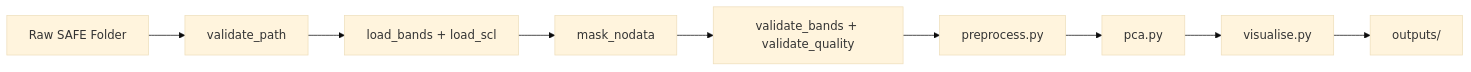
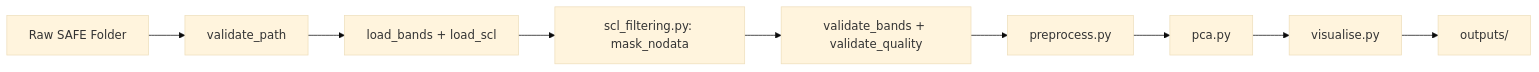
One commit to LukeWardle/sentinel2-brownfield-stoke changed the diagram in DESIGN.md. Above: the diagram before and after it, drawn with Mermaid (base theme). The commit also changed other lines of this file and 9 other files, not shown here.

Commit message:
feat: move mask_nodata into scl_filtering.py, update DESIGN.md

````diff
--- a/DESIGN.md
+++ b/DESIGN.md
@@ -75,11 +81,11 @@
 ```mermaid
 graph LR
     A[Raw SAFE Folder] --> B[validate_path]
     B --> C[load_bands + load_scl]
-    C --> D[mask_nodata]
+    C --> D[scl_filtering.py: mask_nodata]
     D --> E[validate_bands + validate_quality]
     E --> F[preprocess.py]
     F --> G[pca.py]
     G --> H[visualise.py]
     H --> I[outputs/]
 ```
````
